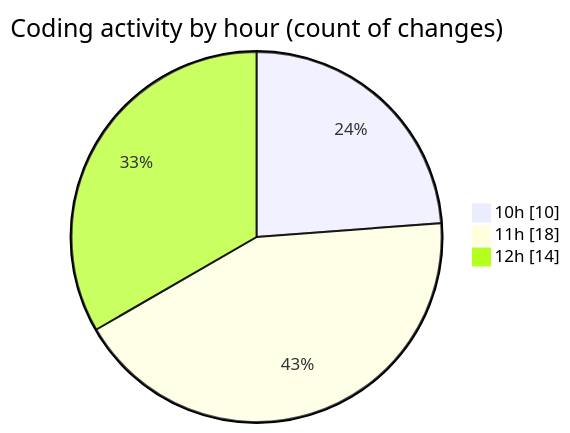
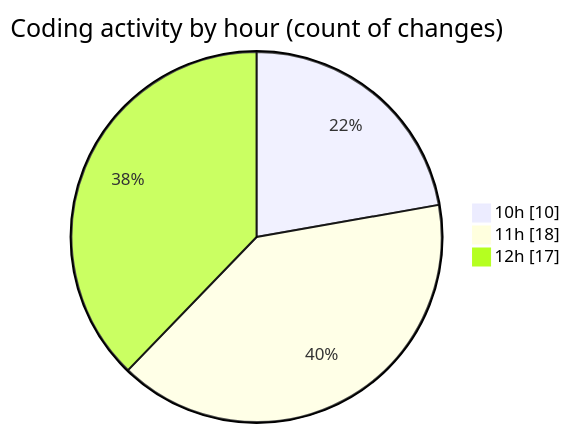
One commit to momahboobian/code-tracking changed the second of 2 diagrams in 2025-07-14/cda/README.md. Above: the diagram before and after it, drawn with Mermaid. The commit also changed other lines of this file and 1 other file, not shown here.

````diff
--- a/2025-07-14/cda/README.md
+++ b/2025-07-14/cda/README.md
@@ -35,7 +35,7 @@
 ```mermaid
 pie showData
 title Coding activity by hour (count of changes)
 "10h" : 10
 "11h" : 18
-"12h" : 14
+"12h" : 17
 ```
````
